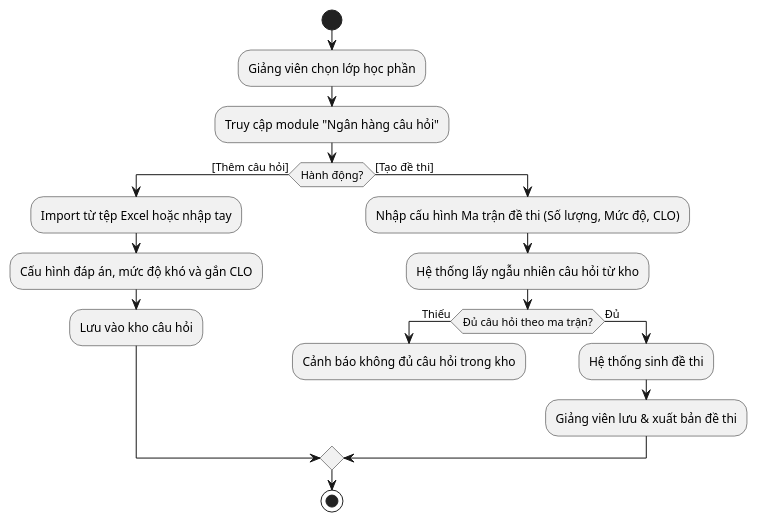
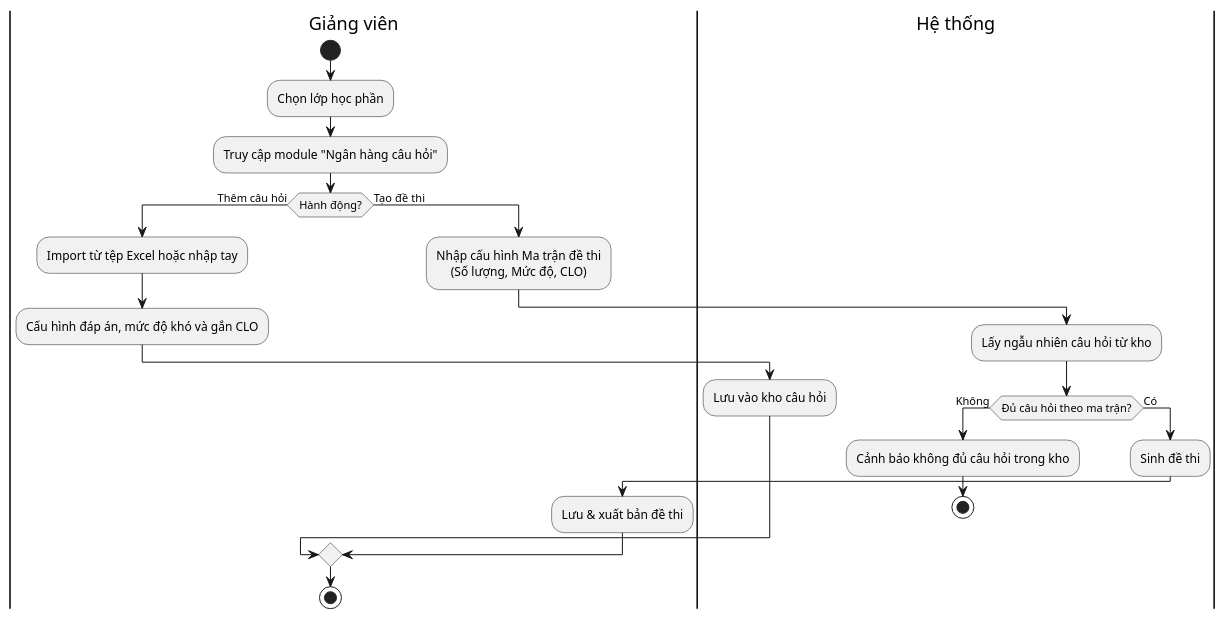
The diagram in eureka-server/eureka-server/src/main/java/hcmuaf/edu/vn/fit/rubric/plantUML/activityTeacher/QuestionBankManagement.puml (thanhthanh123vn/Rubric_Thanh_Duc_2025_2026), drawn with PlantUML before and after one commit. The commit also changed 39 other files, not shown here.

```diff
--- a/eureka-server/eureka-server/src/main/java/hcmuaf/edu/vn/fit/rubric/plantUML/activityTeacher/QuestionBankManagement.puml
+++ b/eureka-server/eureka-server/src/main/java/hcmuaf/edu/vn/fit/rubric/plantUML/activityTeacher/QuestionBankManagement.puml
@@ -1,22 +1,38 @@
 @startuml
 skinparam defaultTextAlignment center
+
+|Giảng viên|
 start
-:Giảng viên chọn lớp học phần;
+:Chọn lớp học phần;
 :Truy cập module "Ngân hàng câu hỏi";
-if (Hành động?) then ([Thêm câu hỏi])
+
+if (Hành động?) then (Thêm câu hỏi)
+
   :Import từ tệp Excel hoặc nhập tay;
   :Cấu hình đáp án, mức độ khó và gắn CLO;
+
+  |Hệ thống|
   :Lưu vào kho câu hỏi;
-else ([Tạo đề thi])
-  :Nhập cấu hình Ma trận đề thi (Số lượng, Mức độ, CLO);
-  :Hệ thống lấy ngẫu nhiên câu hỏi từ kho;
-  if (Đủ câu hỏi theo ma trận?) then (Thiếu)
+
+else (Tạo đề thi)
+
+  |Giảng viên|
+  :Nhập cấu hình Ma trận đề thi\n(Số lượng, Mức độ, CLO);
+
+  |Hệ thống|
+  :Lấy ngẫu nhiên câu hỏi từ kho;
+
+  if (Đủ câu hỏi theo ma trận?) then (Không)
     :Cảnh báo không đủ câu hỏi trong kho;
-    detach
-  else (Đủ)
-    :Hệ thống sinh đề thi;
-    :Giảng viên lưu & xuất bản đề thi;
+    stop
+  else (Có)
+    :Sinh đề thi;
+
+    |Giảng viên|
+    :Lưu & xuất bản đề thi;
   endif
+
 endif
+
 stop
 @enduml
```
